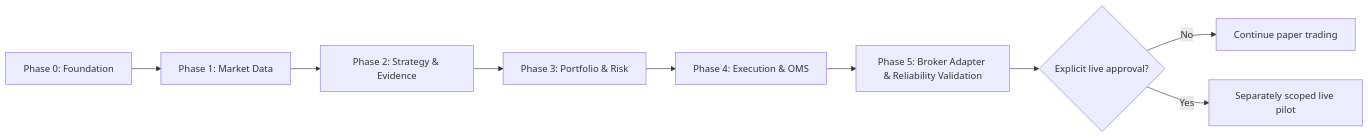
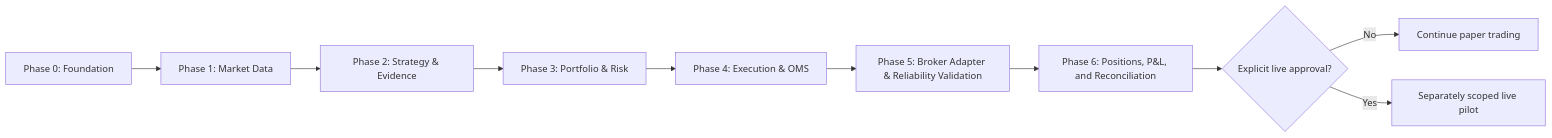
Before and after one commit to bibhuyash/tradeedge: the diagram in docs/product/ROADMAP.md, drawn with Mermaid. The commit also changed other lines of this file and 20 other files, not shown here.

````diff
--- a/docs/product/ROADMAP.md
+++ b/docs/product/ROADMAP.md
@@ -7,11 +7,12 @@
 ```mermaid
 flowchart LR
     P0["Phase 0: Foundation"] --> P1["Phase 1: Market Data"]
     P1 --> P2["Phase 2: Strategy & Evidence"]
     P2 --> P3["Phase 3: Portfolio & Risk"]
     P3 --> P4["Phase 4: Execution & OMS"]
     P4 --> P5["Phase 5: Broker Adapter & Reliability Validation"]
-    P5 --> G{"Explicit live approval?"}
+    P5 --> P6["Phase 6: Positions, P&L, and Reconciliation"]
+    P6 --> G{"Explicit live approval?"}
     G -->|No| PT["Continue paper trading"]
     G -->|Yes| LP["Separately scoped live pilot"]
 ```
````
